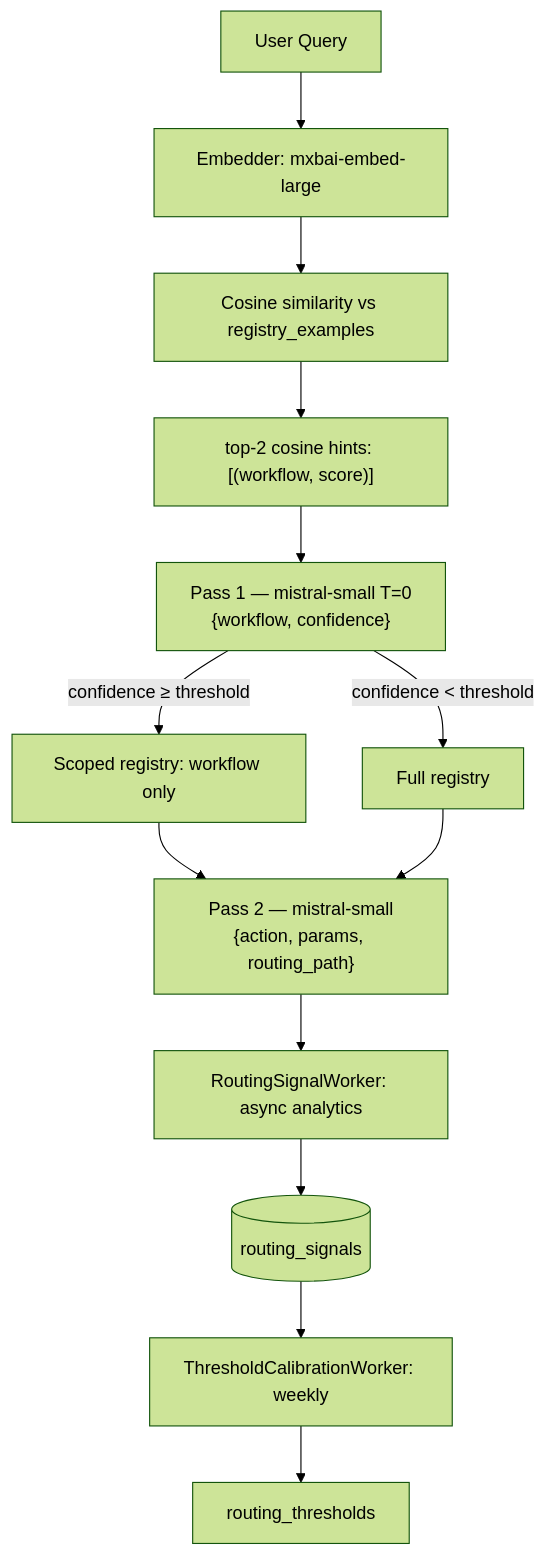
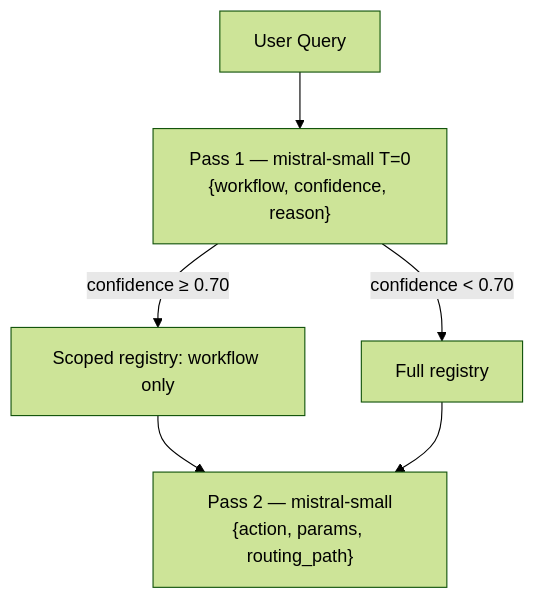
The seventh of 10 diagrams in README.md (ndrean/reactor-crm_ex), drawn with Mermaid (forest theme) before and after one commit. The commit also changed other lines of this file and 17 other files, not shown here.

````diff
--- a/README.md
+++ b/README.md
@@ -158,15 +153,8 @@
 ```mermaid
 graph TB
-    Q[User Query] --> E[Embedder: mxbai-embed-large]
-    E --> CS[Cosine similarity vs registry_examples]
-    CS --> H["top-2 cosine hints: [(workflow, score)]"]
-    H --> P1["Pass 1 — mistral-small T=0<br/>{workflow, confidence}"]
-    P1 -->|"confidence ≥ threshold"| SC[Scoped registry: workflow only]
-    P1 -->|"confidence < threshold"| FR[Full registry]
+    Q[User Query] --> P1["Pass 1 — mistral-small T=0<br/>{workflow, confidence, reason}"]
+    P1 -->|"confidence ≥ 0.70"| SC[Scoped registry: workflow only]
+    P1 -->|"confidence < 0.70"| FR[Full registry]
     SC --> P2["Pass 2 — mistral-small<br/>{action, params, routing_path}"]
     FR --> P2
-    P2 --> RS[RoutingSignalWorker: async analytics]
-    RS --> DB[(routing_signals)]
-    DB --> TC[ThresholdCalibrationWorker: weekly]
-    TC --> RT[routing_thresholds]
 ```
````
